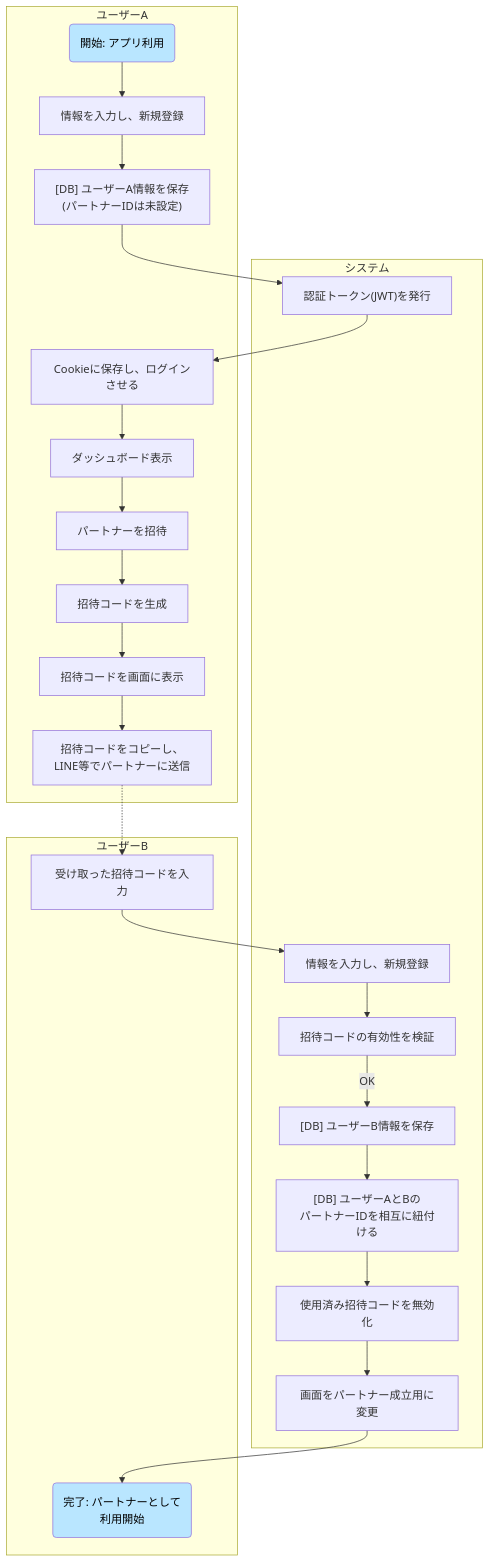
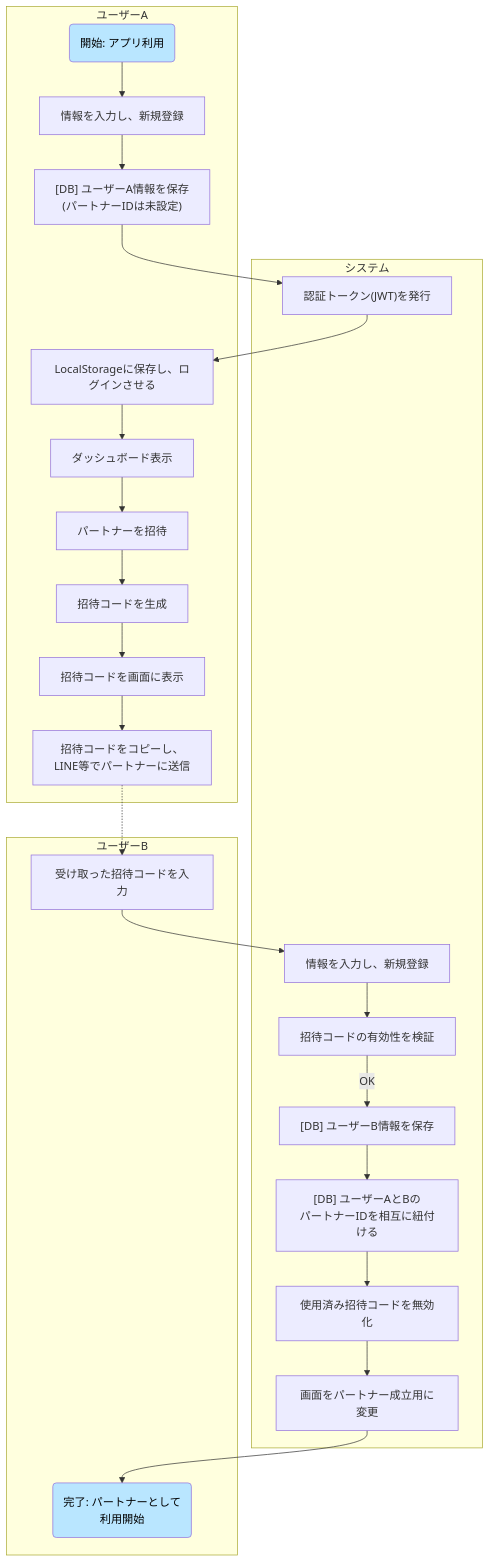
The first of 9 diagrams in docs/design.md (compile425/yubikirigennmann), drawn with Mermaid before and after one commit.

Commit message:
Change storage method from Cookie to LocalStorage

````diff
--- a/docs/design.md
+++ b/docs/design.md
@@ -11,26 +11,26 @@
 ```mermaid
 graph TD
     subgraph ユーザーA
         A1("開始: アプリ利用") --> A2["情報を入力し、新規登録"]
         A2 --> S1
         S3 --> A3["ダッシュボード表示"] --> A4["パートナーを招待"]
         A4 --> S5
         S6 --> A5["招待コードをコピーし、<br>LINE等でパートナーに送信"]
     end
 
     subgraph システム
-        S1["[DB] ユーザーA情報を保存<br>(パートナーIDは未設定)"] --> S2["認証トークン(JWT)を発行"] --> S3["Cookieに保存し、ログインさせる"]
+        S1["[DB] ユーザーA情報を保存<br>(パートナーIDは未設定)"] --> S2["認証トークン(JWT)を発行"] --> S3["LocalStorageに保存し、ログインさせる"]
         S5["招待コードを生成"] --> S6["招待コードを画面に表示"]
         B2 --> S7["招待コードの有効性を検証"]
         S7 -- OK --> S8["[DB] ユーザーB情報を保存"] --> S9["[DB] ユーザーAとBの<br>パートナーIDを相互に紐付ける"] --> S10["使用済み招待コードを無効化"] --> S11["画面をパートナー成立用に変更"]
     end
 
     subgraph ユーザーB
         A5 -.-> B1["受け取った招待コードを入力"] --> B2["情報を入力し、新規登録"]
         S11 --> B3("完了: パートナーとして<br>利用開始")
     end
 
     style A1 fill:#B9E6FF,color:#000
     style B3 fill:#B9E6FF,color:#000
 
 ```
````
